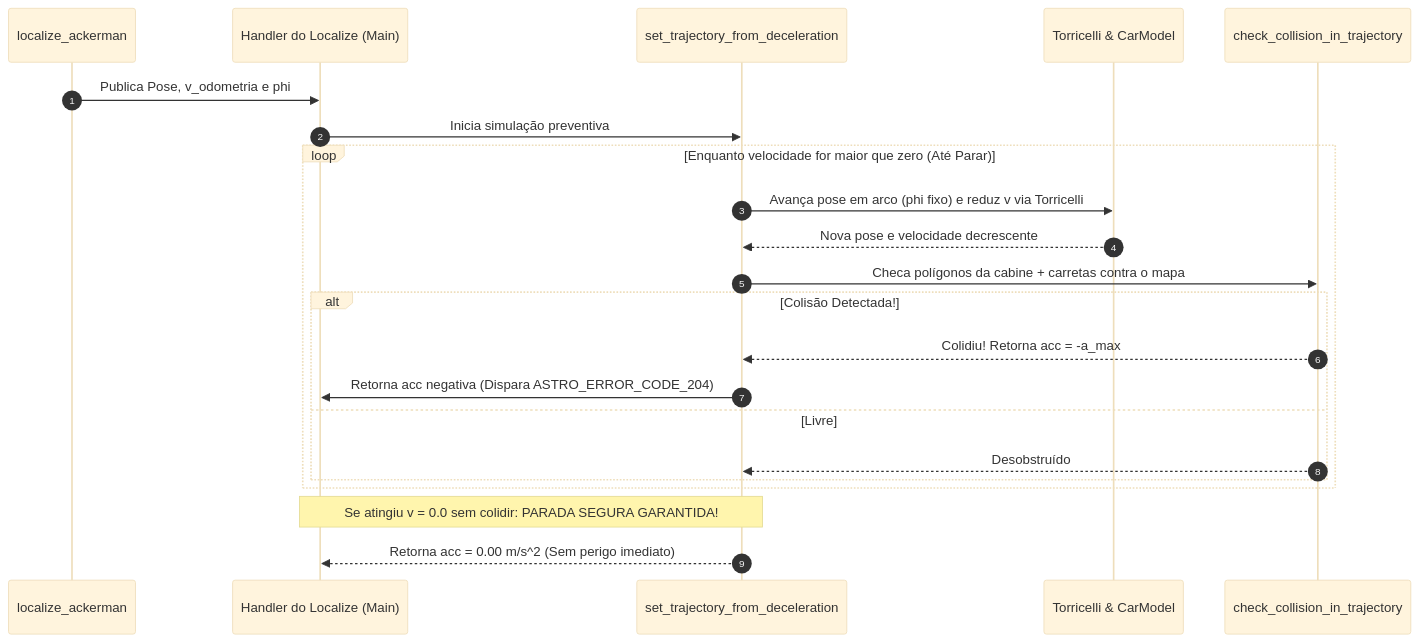
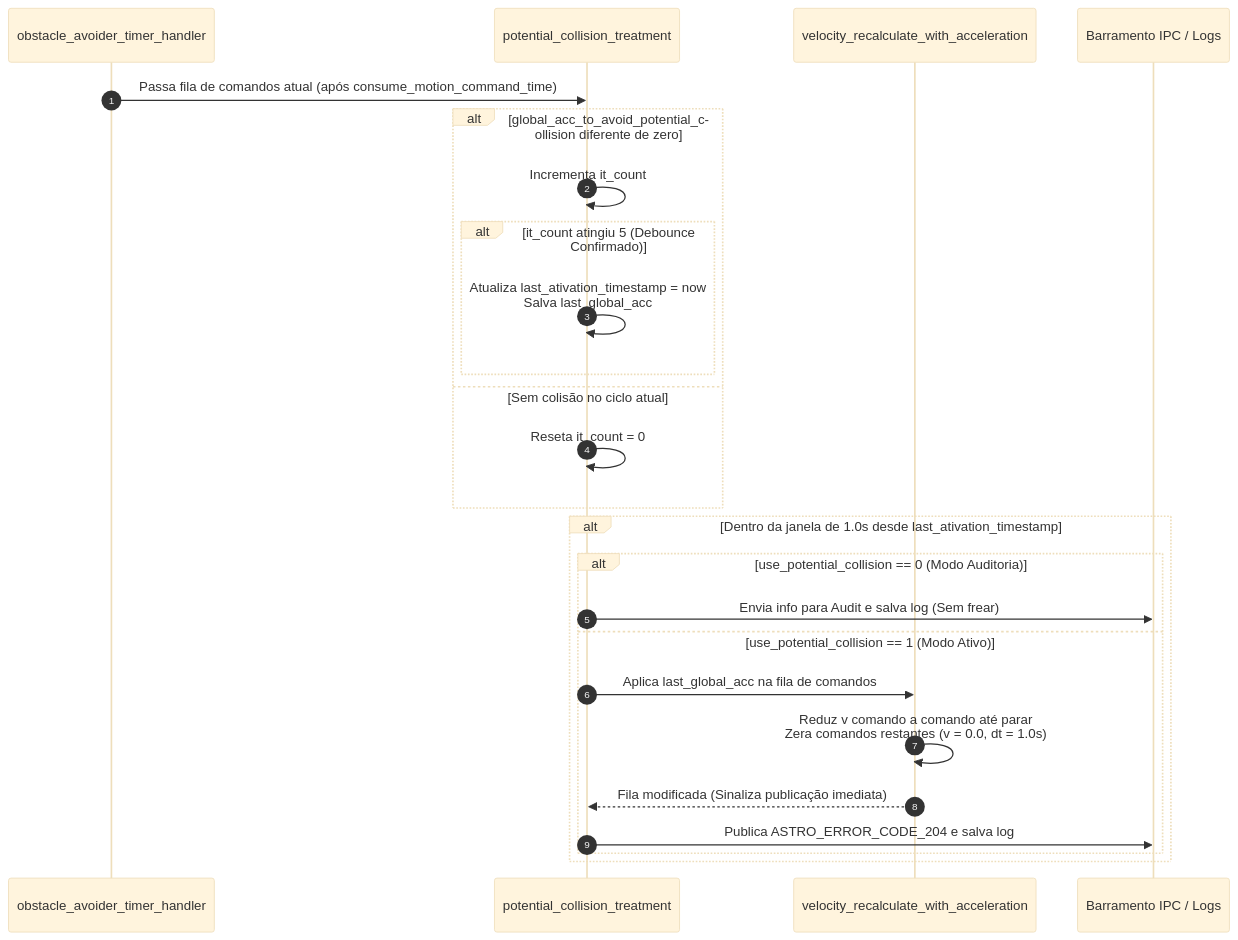
One commit to BrenoCSilva/lume changed the second of 2 diagrams in README.md. Above: the diagram before and after it, drawn with Mermaid (base theme). The commit also changed other lines of this file, not shown here.

````diff
--- a/README.md
+++ b/README.md
@@ -113,27 +140,30 @@
 ```mermaid
 sequenceDiagram
     autonumber
-    participant LOC as localize_ackerman
-    participant OA_MAIN as Handler do Localize (Main)
-    participant FUNC as set_trajectory_from_deceleration
-    participant TORR as Torricelli & CarModel
-    participant COL as check_collision_in_trajectory
+    participant TIMER as obstacle_avoider_timer_handler
+    participant PCT as potential_collision_treatment
+    participant RECALC as velocity_recalculate_with_acceleration
+    participant IPC as Barramento IPC / Logs
 
-    LOC->>OA_MAIN: Publica Pose, v_odometria e phi
-    OA_MAIN->>FUNC: Inicia simulação preventiva
+    TIMER->>PCT: Passa fila de comandos atual (após consume_motion_command_time)
     
-    loop Enquanto velocidade for maior que zero (Até Parar)
-        FUNC->>TORR: Avança pose em arco (phi fixo) e reduz v via Torricelli
-        TORR-->>FUNC: Nova pose e velocidade decrescente
-        FUNC->>COL: Checa polígonos da cabine + carretas contra o mapa
-        alt Colisão Detectada!
-            COL-->>FUNC: Colidiu! Retorna acc = -a_max
-            FUNC->>OA_MAIN: Retorna acc negativa (Dispara ASTRO_ERROR_CODE_204)
-        else Livre
-            COL-->>FUNC: Desobstruído
+    alt global_acc_to_avoid_potential_collision diferente de zero
+        PCT->>PCT: Incrementa it_count
+        alt it_count atingiu 5 (Debounce Confirmado)
+            PCT->>PCT: Atualiza last_ativation_timestamp = now<br/>Salva last_global_acc
+        end
+    else Sem colisão no ciclo atual
+        PCT->>PCT: Reseta it_count = 0
+    end
+
+    alt Dentro da janela de 1.0s desde last_ativation_timestamp
+        alt use_potential_collision == 0 (Modo Auditoria)
+            PCT->>IPC: Envia info para Audit e salva log (Sem frear)
+        else use_potential_collision == 1 (Modo Ativo)
+            PCT->>RECALC: Aplica last_global_acc na fila de comandos
+            RECALC->>RECALC: Reduz v comando a comando até parar<br/>Zera comandos restantes (v = 0.0, dt = 1.0s)
+            RECALC-->>PCT: Fila modificada (Sinaliza publicação imediata)
+            PCT->>IPC: Publica ASTRO_ERROR_CODE_204 e salva log
         end
     end
-    
-    Note over FUNC,OA_MAIN: Se atingiu v = 0.0 sem colidir: PARADA SEGURA GARANTIDA!
-    FUNC-->>OA_MAIN: Retorna acc = 0.00 m/s^2 (Sem perigo imediato)
 ```
````
